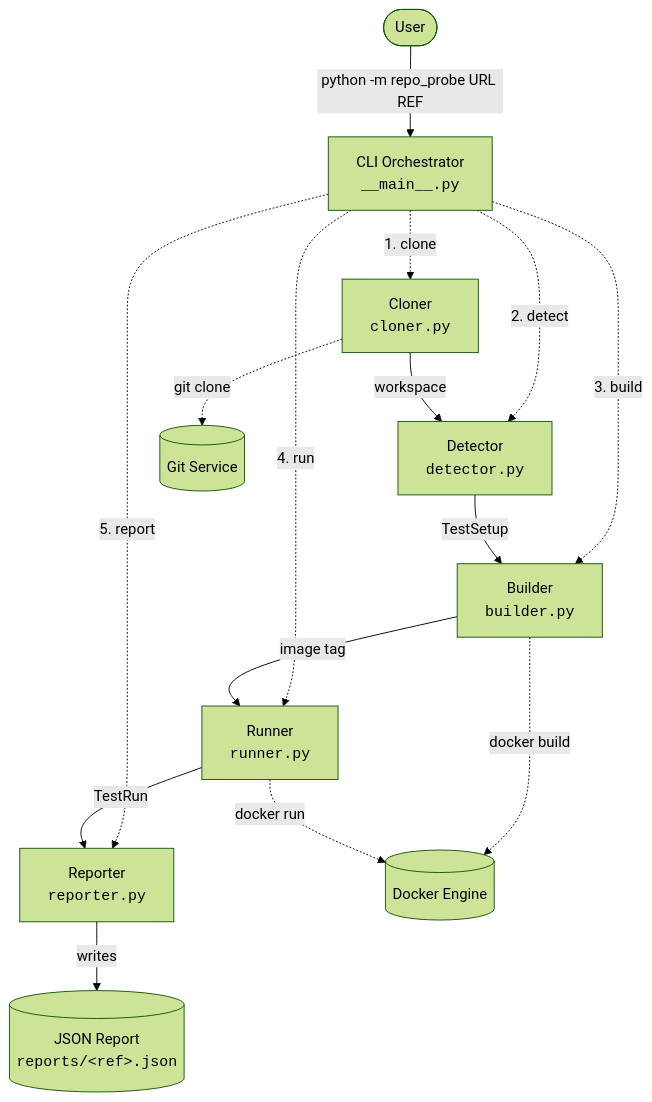
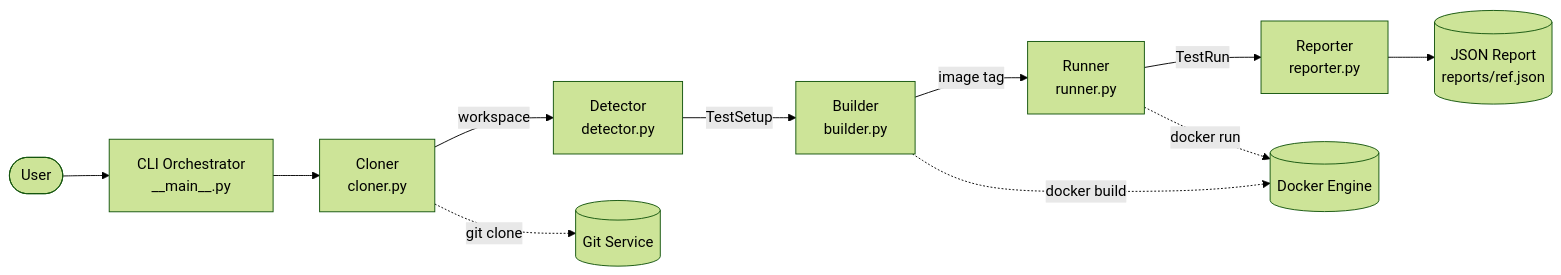
Before and after one commit to Vick606/repo-probe: the diagram in README.md, drawn with Mermaid (forest theme). The commit also changed other lines of this file, not shown here.

Commit message:
Replace Mermaid diagram with cleaner left-to-right flow

````diff
--- a/README.md
+++ b/README.md
@@ -111,21 +111,15 @@
 ```mermaid
-flowchart TD
-    User([User]) -->|python -m repo_probe URL REF| CLI[CLI Orchestrator<br/><code>__main__.py</code>]
+flowchart LR
+    User([User]) --> CLI[CLI Orchestrator<br/>__main__.py]
 
-    CLI -.->|1. clone| Cloner[Cloner<br/><code>cloner.py</code>]
-    CLI -.->|2. detect| Detector[Detector<br/><code>detector.py</code>]
-    CLI -.->|3. build| Builder[Builder<br/><code>builder.py</code>]
-    CLI -.->|4. run| Runner[Runner<br/><code>runner.py</code>]
-    CLI -.->|5. report| Reporter[Reporter<br/><code>reporter.py</code>]
-
-    Cloner -->|workspace| Detector
-    Detector -->|TestSetup| Builder
-    Builder -->|image tag| Runner
-    Runner -->|TestRun| Reporter
+    CLI --> Cloner[Cloner<br/>cloner.py]
+    Cloner -->|workspace| Detector[Detector<br/>detector.py]
+    Detector -->|TestSetup| Builder[Builder<br/>builder.py]
+    Builder -->|image tag| Runner[Runner<br/>runner.py]
+    Runner -->|TestRun| Reporter[Reporter<br/>reporter.py]
+    Reporter --> JSON[(JSON Report<br/>reports/ref.json)]
 
     Cloner -.->|git clone| Git[(Git Service)]
     Builder -.->|docker build| Docker[(Docker Engine)]
     Runner -.->|docker run| Docker
-
-    Reporter -->|writes| JSON[(JSON Report<br/><code>reports/&lt;ref&gt;.json</code>)]
 ```
````
